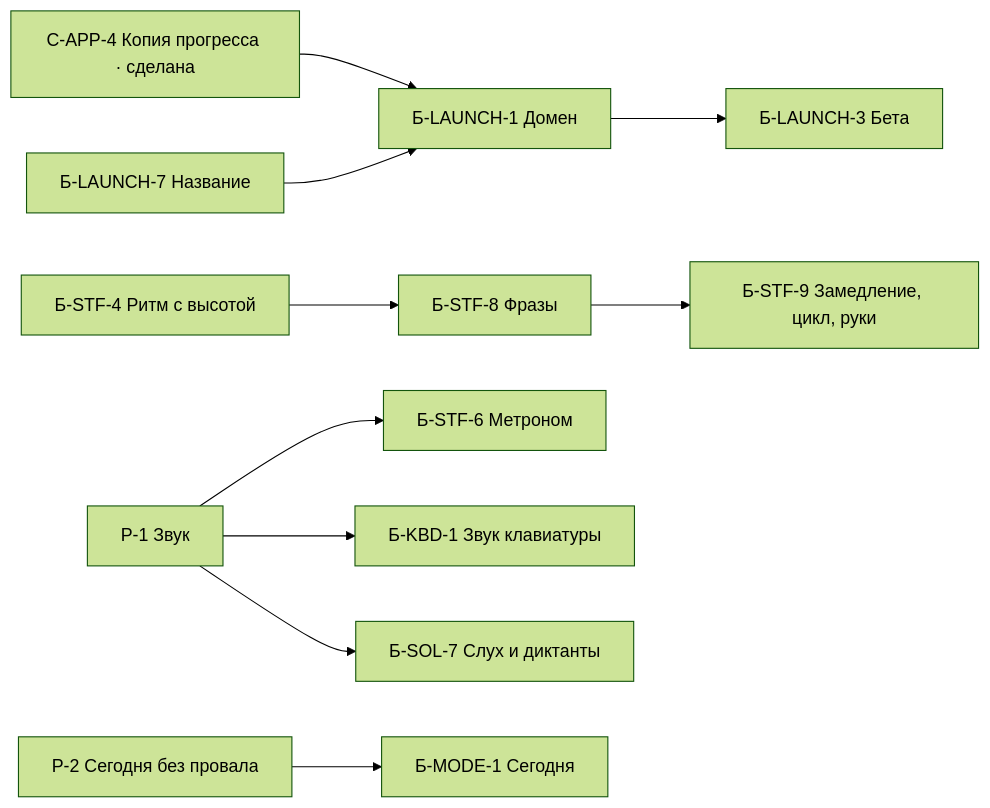
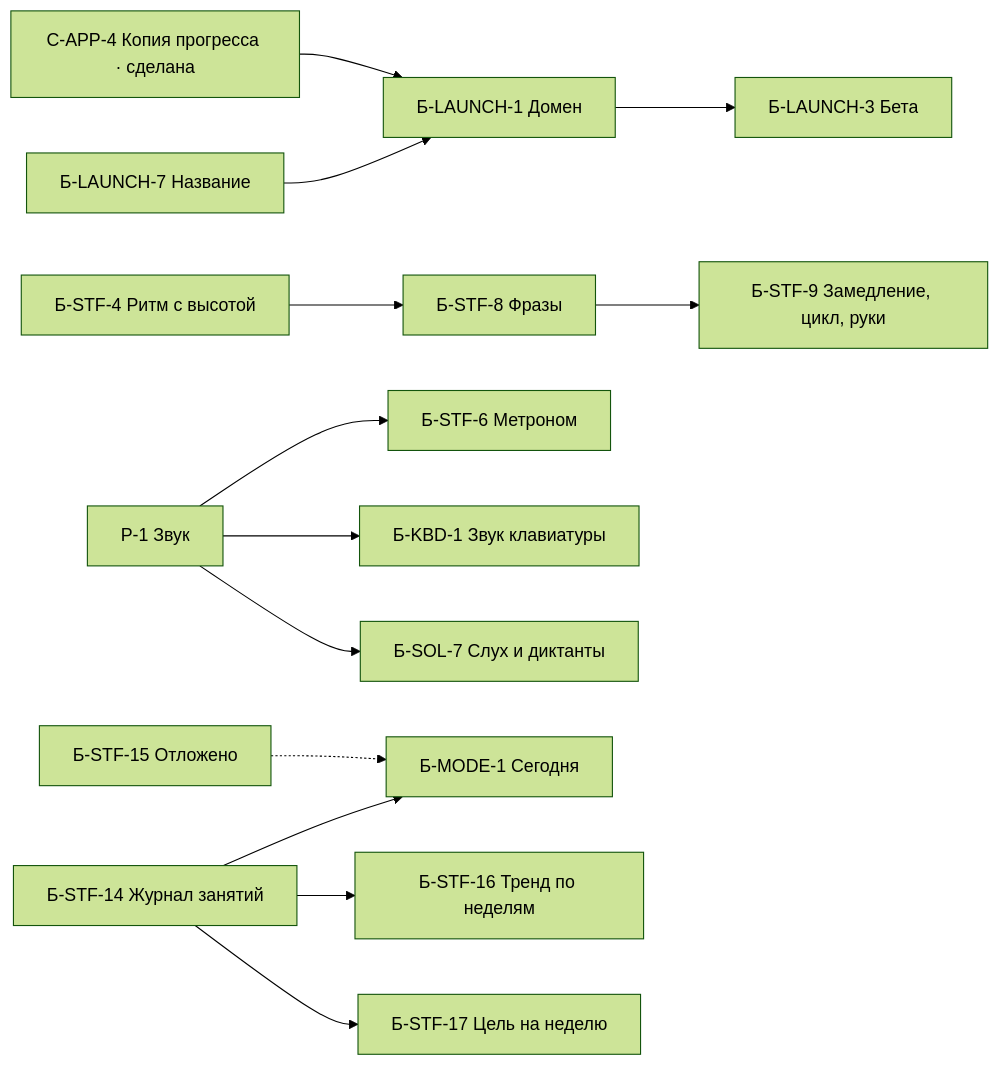
One commit to ekulaev/piaono_app changed the first of 2 diagrams in PSD/Беклог идей.md. Above: the diagram before and after it, drawn with Mermaid (forest theme). The commit also changed other lines of this file and 2 other files, not shown here.

First line of the commit message:
PSD: журнал занятий C-STF-10 и идеи привычки в беклоге

````diff
--- a/PSD/Беклог идей.md
+++ b/PSD/Беклог идей.md
@@ -118,12 +122,15 @@
 ```mermaid
 flowchart LR
     A[C-APP-4 Копия прогресса · сделана] --> B[Б-LAUNCH-1 Домен]
     N[Б-LAUNCH-7 Название] --> B
     B --> C[Б-LAUNCH-3 Бета]
     G[Б-STF-4 Ритм с высотой] --> H[Б-STF-8 Фразы]
     H --> I[Б-STF-9 Замедление, цикл, руки]
     J[Р-1 Звук] --> K[Б-STF-6 Метроном]
     J --> L[Б-KBD-1 Звук клавиатуры]
     J --> S1[Б-SOL-7 Слух и диктанты]
-    R2[Р-2 Сегодня без провала] --> T[Б-MODE-1 Сегодня]
+    J1[Б-STF-14 Журнал занятий] --> T[Б-MODE-1 Сегодня]
+    J1 --> J2[Б-STF-16 Тренд по неделям]
+    J1 --> J3[Б-STF-17 Цель на неделю]
+    O1[Б-STF-15 Отложено] -.-> T
 ```
````
